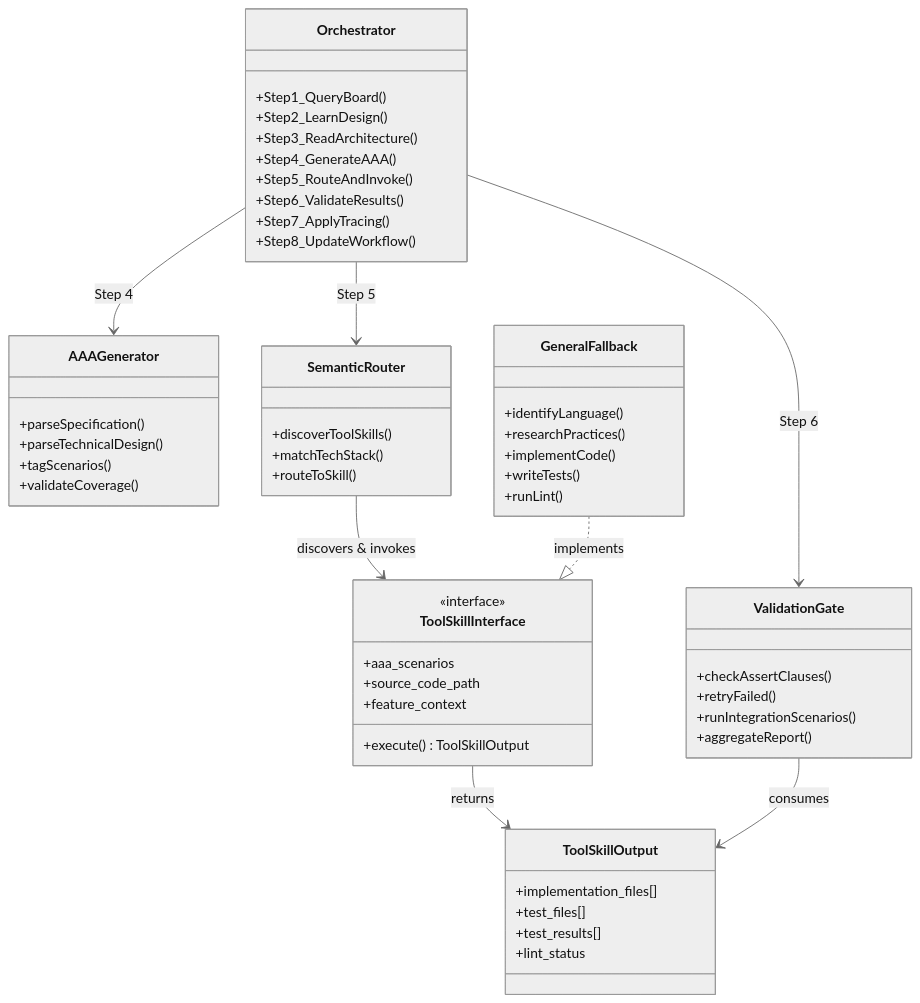
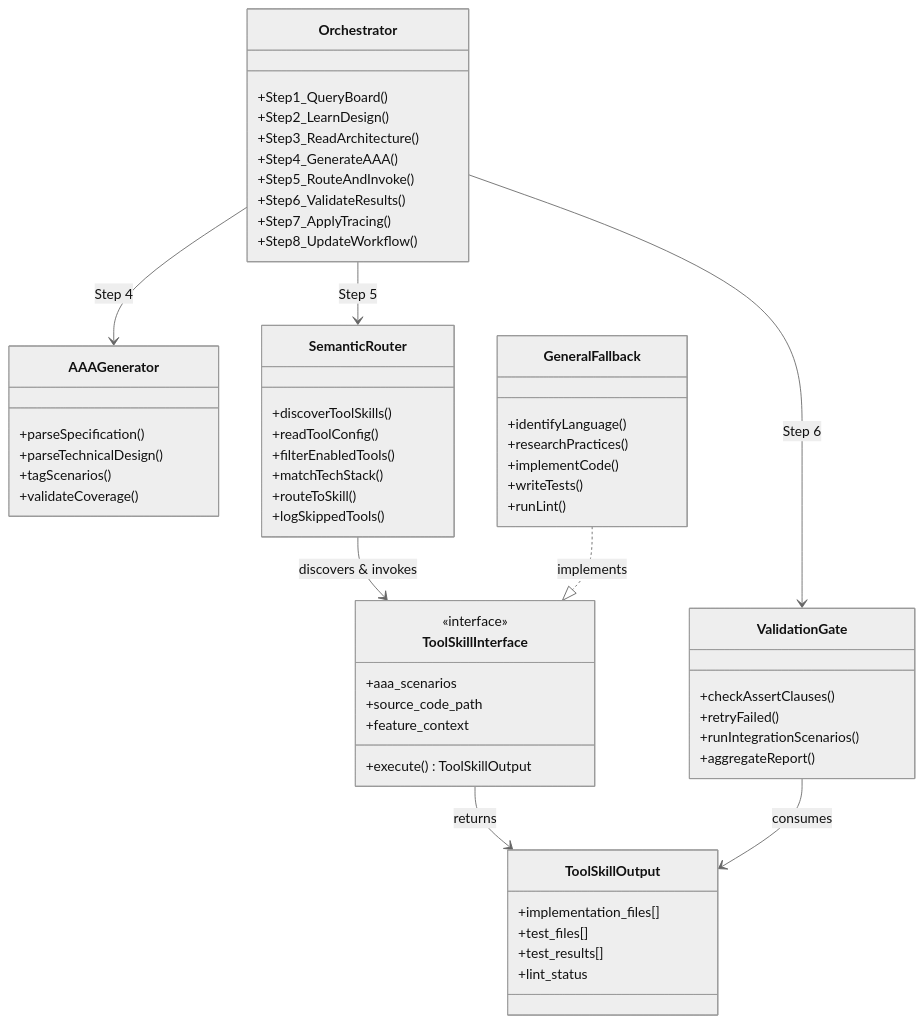
Before and after one commit to Young-Z/X-IPE: the second of 5 diagrams in x-ipe-docs/requirements/EPIC-045/FEATURE-045-A/technical-design.md, drawn with Mermaid (neutral theme). The commit also changed other lines of this file and 154 other files, not shown here.

````diff
--- a/x-ipe-docs/requirements/EPIC-045/FEATURE-045-A/technical-design.md
+++ b/x-ipe-docs/requirements/EPIC-045/FEATURE-045-A/technical-design.md
@@ -139,64 +148,67 @@
 ```mermaid
 classDiagram
     class Orchestrator {
         +Step1_QueryBoard()
         +Step2_LearnDesign()
         +Step3_ReadArchitecture()
         +Step4_GenerateAAA()
         +Step5_RouteAndInvoke()
         +Step6_ValidateResults()
         +Step7_ApplyTracing()
         +Step8_UpdateWorkflow()
     }
 
     class AAAGenerator {
         +parseSpecification()
         +parseTechnicalDesign()
         +tagScenarios()
         +validateCoverage()
     }
 
     class SemanticRouter {
         +discoverToolSkills()
+        +readToolConfig()
+        +filterEnabledTools()
         +matchTechStack()
         +routeToSkill()
+        +logSkippedTools()
     }
 
     class ValidationGate {
         +checkAssertClauses()
         +retryFailed()
         +runIntegrationScenarios()
         +aggregateReport()
     }
 
     class GeneralFallback {
         +identifyLanguage()
         +researchPractices()
         +implementCode()
         +writeTests()
         +runLint()
     }
 
     class ToolSkillInterface {
         <<interface>>
         +aaa_scenarios
         +source_code_path
         +feature_context
         +execute() ToolSkillOutput
     }
 
     class ToolSkillOutput {
         +implementation_files[]
         +test_files[]
         +test_results[]
         +lint_status
     }
 
     Orchestrator --> AAAGenerator : Step 4
     Orchestrator --> SemanticRouter : Step 5
     Orchestrator --> ValidationGate : Step 6
     SemanticRouter --> ToolSkillInterface : discovers & invokes
     GeneralFallback ..|> ToolSkillInterface : implements
     ToolSkillInterface --> ToolSkillOutput : returns
     ValidationGate --> ToolSkillOutput : consumes
 ```
````
